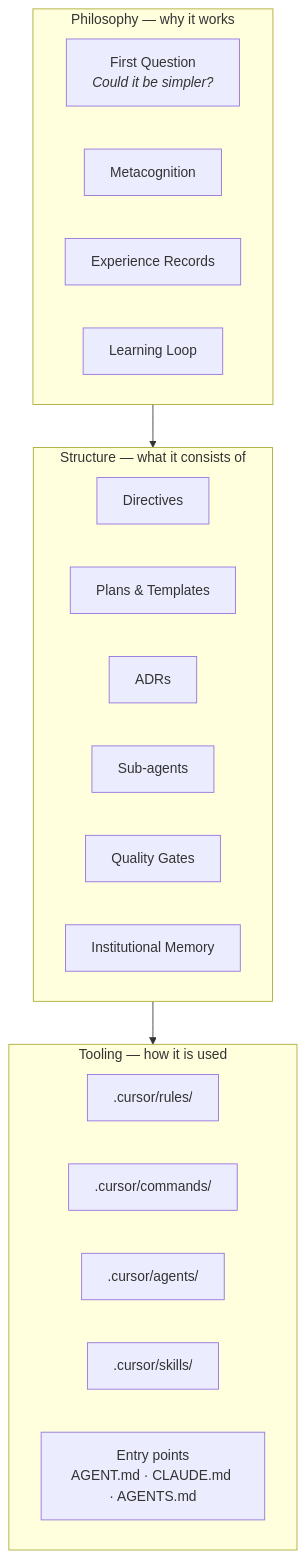
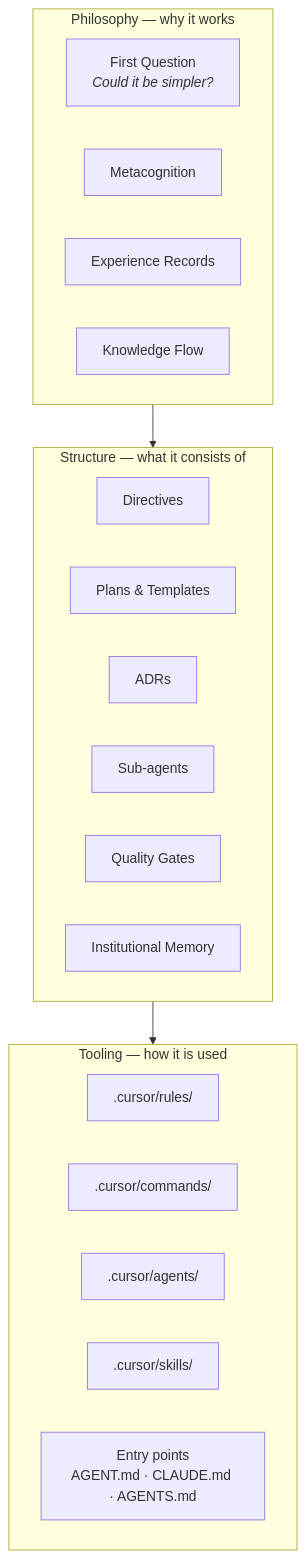
Before and after one commit to oaknational/oak-open-curriculum-ecosystem: the first of 3 diagrams in .agent/practice-core/practice.md, drawn with Mermaid. The commit also changed other lines of this file and 33 other files, not shown here.

````diff
--- a/.agent/practice-core/practice.md
+++ b/.agent/practice-core/practice.md
@@ -29,28 +29,28 @@
 ```mermaid
 graph TB
     subgraph Philosophy ["Philosophy — why it works"]
         FQ["First Question<br/><i>Could it be simpler?</i>"]
         MC[Metacognition]
         EX[Experience Records]
-        LL[Learning Loop]
+        KF[Knowledge Flow]
     end
 
     subgraph Structure ["Structure — what it consists of"]
         DIR[Directives]
         PLANS[Plans & Templates]
         ADR[ADRs]
         SA[Sub-agents]
         QG[Quality Gates]
         MEM[Institutional Memory]
     end
 
     subgraph Tooling ["Tooling — how it is used"]
         RULES[".cursor/rules/"]
         CMDS[".cursor/commands/"]
         AGENTS[".cursor/agents/"]
         SKILLS[".cursor/skills/"]
         ENTRY["Entry points<br/>AGENT.md · CLAUDE.md · AGENTS.md"]
     end
 
     Philosophy --> Structure --> Tooling
 ```
````
